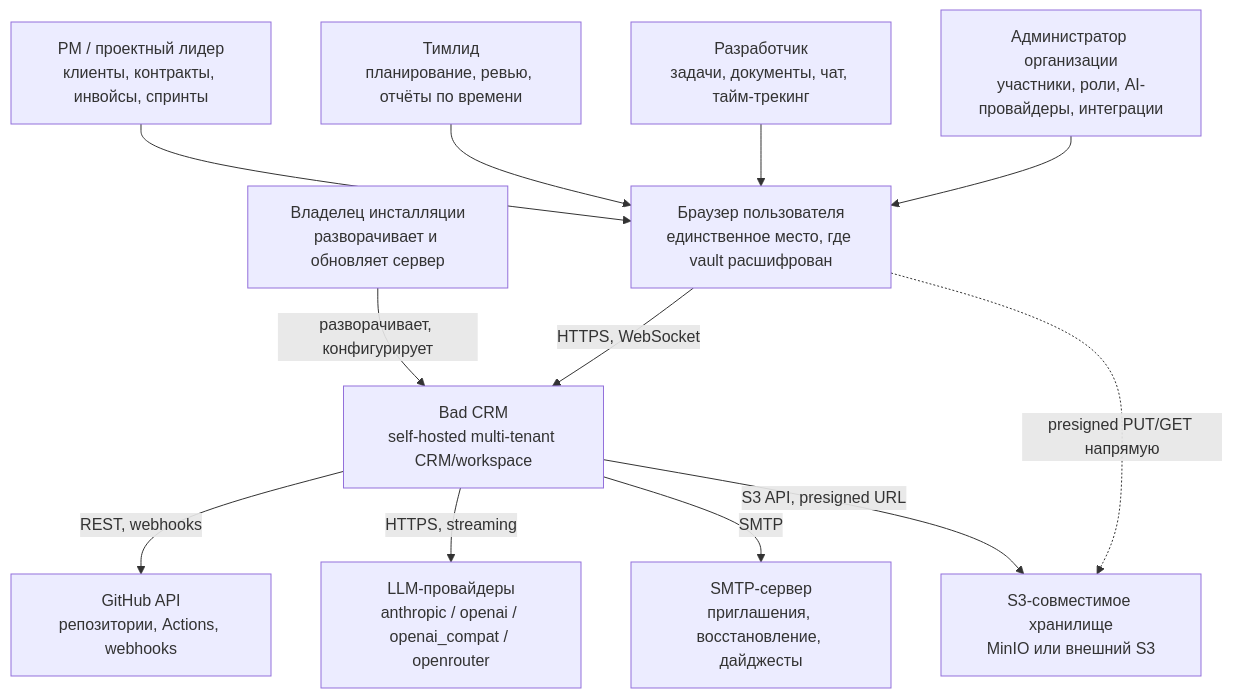
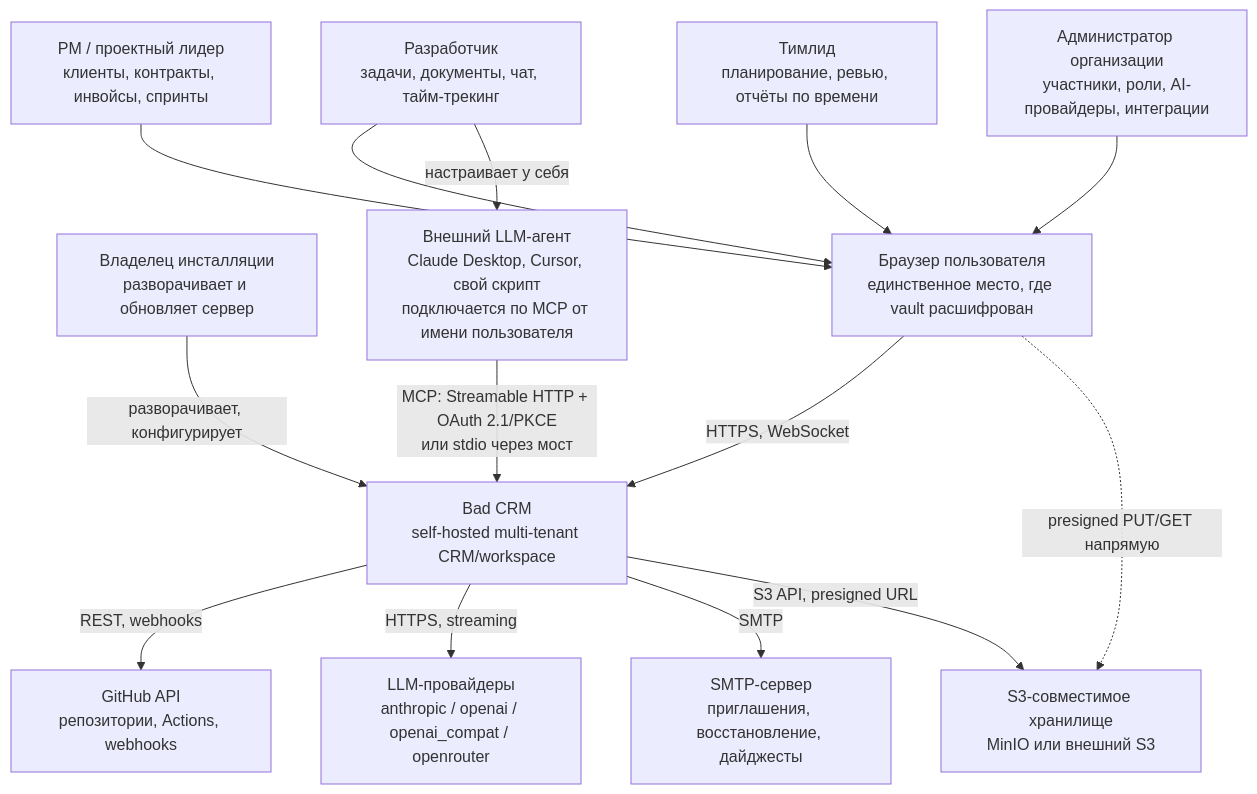
The first of 10 diagrams in docs/architecture/overview.md (code0verdose/bad-crm), drawn with Mermaid before and after one commit. The commit also changed other lines of this file and 19 other files, not shown here.

````diff
--- a/docs/architecture/overview.md
+++ b/docs/architecture/overview.md
@@ -54,29 +56,33 @@
 ```mermaid
 flowchart TB
     owner["Владелец инсталляции<br/>разворачивает и обновляет сервер"]
     pm["PM / проектный лидер<br/>клиенты, контракты, инвойсы, спринты"]
     lead["Тимлид<br/>планирование, ревью, отчёты по времени"]
     dev["Разработчик<br/>задачи, документы, чат, тайм-трекинг"]
     admin["Администратор организации<br/>участники, роли, AI-провайдеры, интеграции"]
 
     system["Bad CRM<br/>self-hosted multi-tenant CRM/workspace"]
+
+    agent["Внешний LLM-агент<br/>Claude Desktop, Cursor, свой скрипт<br/>подключается по MCP от имени пользователя"]
 
     browser["Браузер пользователя<br/>единственное место, где vault расшифрован"]
     github["GitHub API<br/>репозитории, Actions, webhooks"]
     llm["LLM-провайдеры<br/>anthropic / openai / openai_compat / openrouter"]
     smtp["SMTP-сервер<br/>приглашения, восстановление, дайджесты"]
     s3["S3-совместимое хранилище<br/>MinIO или внешний S3"]
 
     owner -->|"разворачивает, конфигурирует"| system
     pm --> browser
     lead --> browser
     dev --> browser
     admin --> browser
     browser -->|"HTTPS, WebSocket"| system
+    dev -->|"настраивает у себя"| agent
+    agent -->|"MCP: Streamable HTTP + OAuth 2.1/PKCE<br/>или stdio через мост"| system
 
     system -->|"REST, webhooks"| github
     system -->|"HTTPS, streaming"| llm
     system -->|"SMTP"| smtp
     system -->|"S3 API, presigned URL"| s3
     browser -.->|"presigned PUT/GET напрямую"| s3
 ```
````
